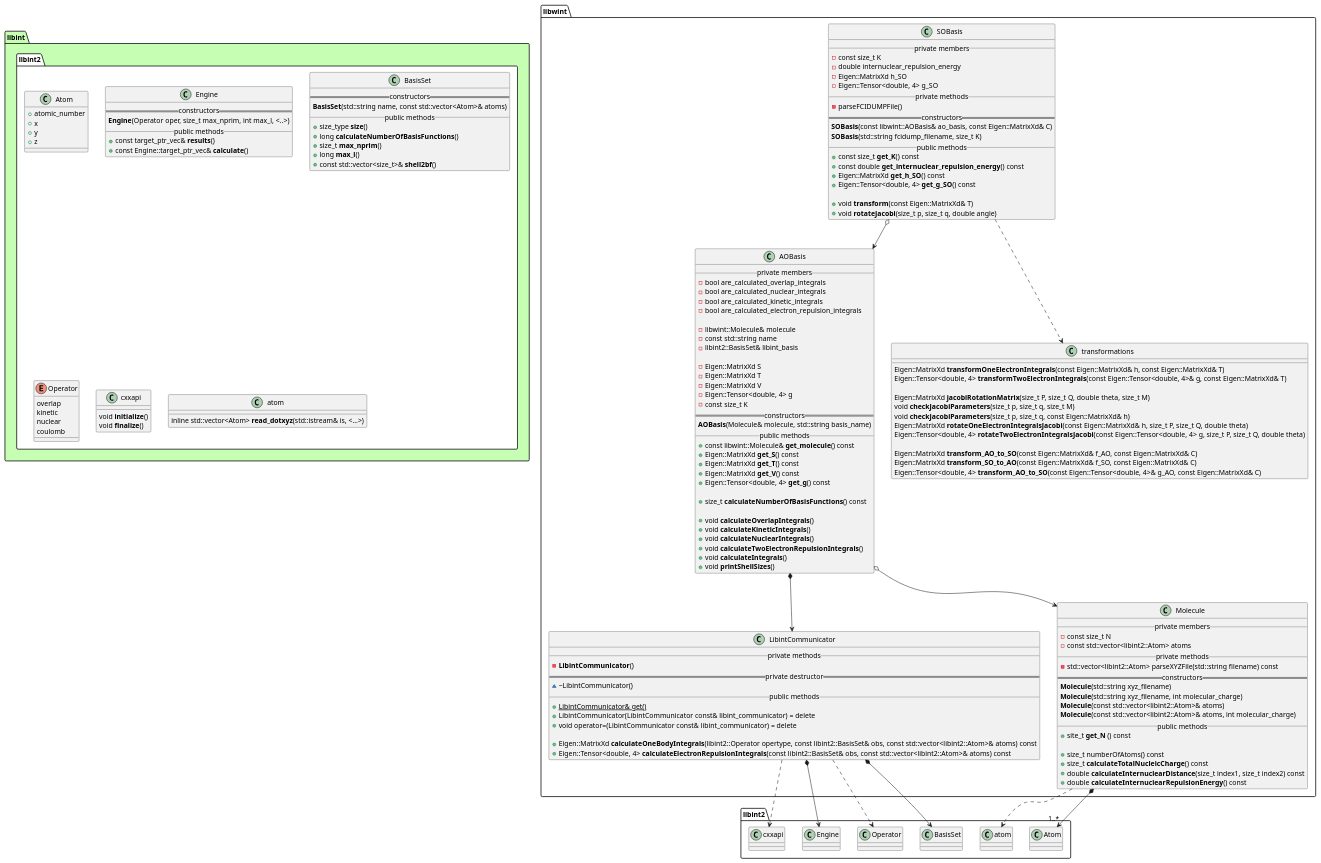
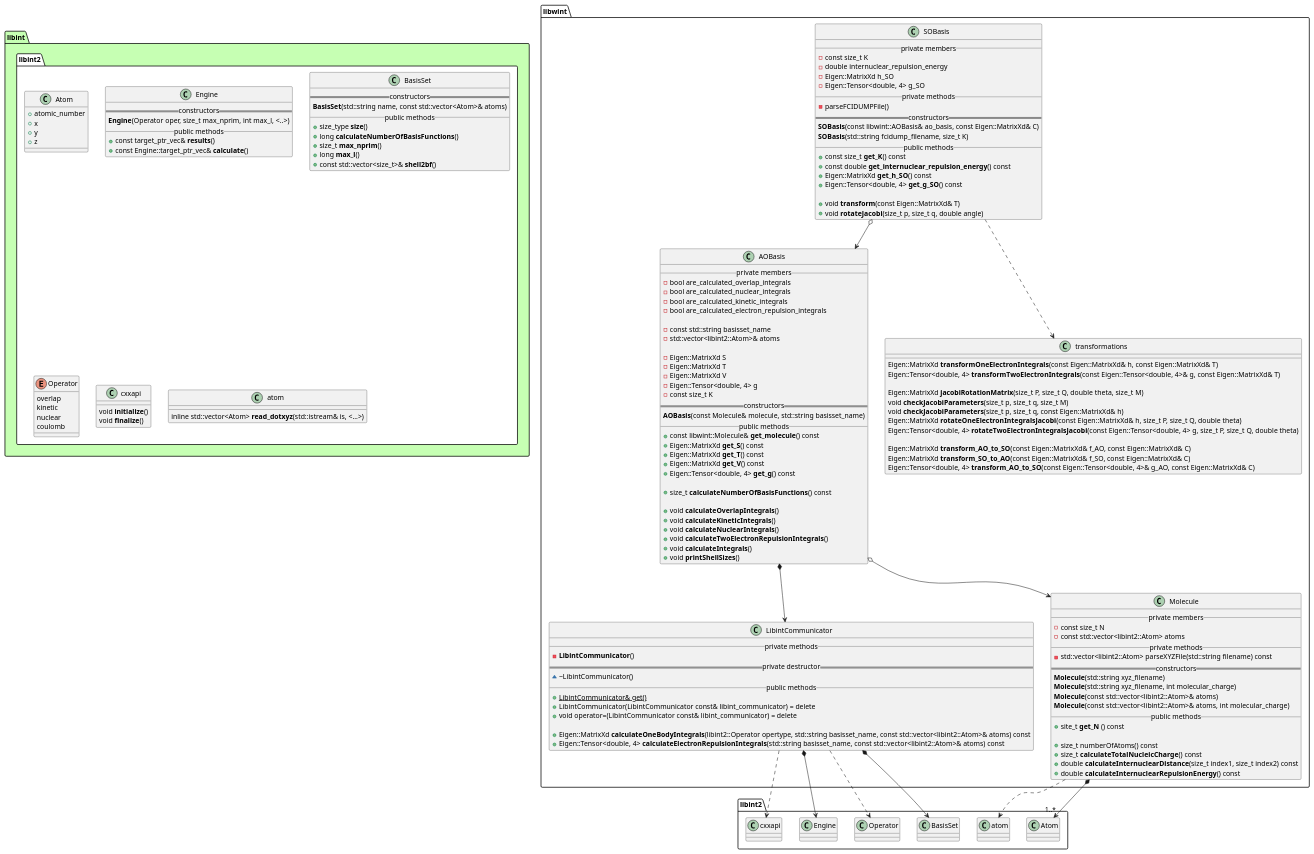
Before and after one commit to tmhuysen/libwint: the diagram in docs/libwint.puml, drawn with PlantUML. The commit also changed 4 other files, not shown here.

Commit message:
Change implementation of calculateOneBodyIntegrals and calculateTwoBodyIntegrals.

```diff
--- a/docs/libwint.puml
+++ b/docs/libwint.puml
@@ -1,185 +1,184 @@
 @startuml
 
 
 
 package libint #c6ffb3 {
     namespace libint2 #ffffff {
         class Atom {
             + atomic_number
             + x
             + y
             + z
         }
 
         class Engine {
             == constructors ==
                 **Engine**(Operator oper, size_t max_nprim, int max_l, <..>)
             __ public methods __
                 + const target_ptr_vec& **results**()
                 + const Engine::target_ptr_vec& **calculate**()
         }
 
         class BasisSet {
             == constructors ==
                 **BasisSet**(std::string name, const std::vector<Atom>& atoms)
             __ public methods __
                 + size_type **size**()
                 + long **calculateNumberOfBasisFunctions**()
                 + size_t **max_nprim**()
                 + long **max_l**()
                 + const std::vector<size_t>& **shell2bf**()
         }
 
         enum Operator {
             overlap
             kinetic
             nuclear
             coulomb
         }
 
         class cxxapi {
                 void **initialize**()
                 void **finalize**()
         }
 
         class atom {
             inline std::vector<Atom> **read_dotxyz**(std::istream& is, <...>)
         }
     }
 }
 
 
 
 
 namespace libwint {
 
     class AOBasis {
         __ private members __
             - bool are_calculated_overlap_integrals
             - bool are_calculated_nuclear_integrals
             - bool are_calculated_kinetic_integrals
             - bool are_calculated_electron_repulsion_integrals
 
-            - libwint::Molecule& molecule
-            - const std::string name
-            - libint2::BasisSet& libint_basis
+            - const std::string basisset_name
+            - std::vector<libint2::Atom>& atoms
 
             - Eigen::MatrixXd S
             - Eigen::MatrixXd T
             - Eigen::MatrixXd V
             - Eigen::Tensor<double, 4> g
             - const size_t K
         == constructors ==
-            **AOBasis**(Molecule& molecule, std::string basis_name)
+            **AOBasis**(const Molecule& molecule, std::string basisset_name)
         __ public methods __
             + const libwint::Molecule& **get_molecule**() const
             + Eigen::MatrixXd **get_S**() const
             + Eigen::MatrixXd **get_T**() const
             + Eigen::MatrixXd **get_V**() const
             + Eigen::Tensor<double, 4> **get_g**() const
 
             + size_t **calculateNumberOfBasisFunctions**() const
 
             + void **calculateOverlapIntegrals**()
             + void **calculateKineticIntegrals**()
             + void **calculateNuclearIntegrals**()
             + void **calculateTwoElectronRepulsionIntegrals**()
             + void **calculateIntegrals**()
             + void **printShellSizes**()
     }
 
 
     class SOBasis {
         __ private members __
             - const size_t K
             - double internuclear_repulsion_energy
             - Eigen::MatrixXd h_SO
             - Eigen::Tensor<double, 4> g_SO
         __ private methods __
             - parseFCIDUMPFile()
         == constructors ==
             **SOBasis**(const libwint::AOBasis& ao_basis, const Eigen::MatrixXd& C)
             **SOBasis**(std::string fcidump_filename, size_t K)
         __ public methods __
             + const size_t **get_K**() const
             + const double **get_internuclear_repulsion_energy**() const
             + Eigen::MatrixXd **get_h_SO**() const
             + Eigen::Tensor<double, 4> **get_g_SO**() const
 
             + void **transform**(const Eigen::MatrixXd& T)
             + void **rotateJacobi**(size_t p, size_t q, double angle)
     }
 
 
     class transformations {
             Eigen::MatrixXd **transformOneElectronIntegrals**(const Eigen::MatrixXd& h, const Eigen::MatrixXd& T)
             Eigen::Tensor<double, 4> **transformTwoElectronIntegrals**(const Eigen::Tensor<double, 4>& g, const Eigen::MatrixXd& T)
 
             Eigen::MatrixXd **jacobiRotationMatrix**(size_t P, size_t Q, double theta, size_t M)
             void **checkJacobiParameters**(size_t p, size_t q, size_t M)
             void **checkJacobiParameters**(size_t p, size_t q, const Eigen::MatrixXd& h)
             Eigen::MatrixXd **rotateOneElectronIntegralsJacobi**(const Eigen::MatrixXd& h, size_t P, size_t Q, double theta)
             Eigen::Tensor<double, 4> **rotateTwoElectronIntegralsJacobi**(const Eigen::Tensor<double, 4> g, size_t P, size_t Q, double theta)
 
             Eigen::MatrixXd **transform_AO_to_SO**(const Eigen::MatrixXd& f_AO, const Eigen::MatrixXd& C)
             Eigen::MatrixXd **transform_SO_to_AO**(const Eigen::MatrixXd& f_SO, const Eigen::MatrixXd& C)
             Eigen::Tensor<double, 4> **transform_AO_to_SO**(const Eigen::Tensor<double, 4>& g_AO, const Eigen::MatrixXd& C)
 
     }
 
 
     class LibintCommunicator {
         __ private methods __
             - **LibintCommunicator**()
         == private destructor ==
             ~ ~LibintCommunicator()
         __ public methods __
             + {static} LibintCommunicator& get()
             + LibintCommunicator(LibintCommunicator const& libint_communicator) = delete
             + void operator=(LibintCommunicator const& libint_communicator) = delete
 
-            + Eigen::MatrixXd **calculateOneBodyIntegrals**(libint2::Operator opertype, const libint2::BasisSet& obs, const std::vector<libint2::Atom>& atoms) const
-            + Eigen::Tensor<double, 4> **calculateElectronRepulsionIntegrals**(const libint2::BasisSet& obs, const std::vector<libint2::Atom>& atoms) const
+            + Eigen::MatrixXd **calculateOneBodyIntegrals**(libint2::Operator opertype, std::string basisset_name, const std::vector<libint2::Atom>& atoms) const
+            + Eigen::Tensor<double, 4> **calculateElectronRepulsionIntegrals**(std::string basisset_name, const std::vector<libint2::Atom>& atoms) const
     }
 
 
     class Molecule {
         __ private members __
             - const size_t N
             - const std::vector<libint2::Atom> atoms
         __ private methods __
             - std::vector<libint2::Atom> parseXYZFile(std::string filename) const
         == constructors ==
             **Molecule**(std::string xyz_filename)
             **Molecule**(std::string xyz_filename, int molecular_charge)
             **Molecule**(const std::vector<libint2::Atom>& atoms)
             **Molecule**(const std::vector<libint2::Atom>& atoms, int molecular_charge)
         __ public methods __
             + site_t **get_N** () const
 
             + size_t numberOfAtoms() const
             + size_t **calculateTotalNucleicCharge**() const
             + double **calculateInternuclearDistance**(size_t index1, size_t index2) const
             + double **calculateInternuclearRepulsionEnergy**() const
     }
 
 }
 
 
 
 libwint.AOBasis o--> libwint.Molecule
 libwint.AOBasis *--> libwint.LibintCommunicator
 
 libwint.LibintCommunicator *--> libint2.BasisSet
 libwint.LibintCommunicator ..> libint2.Operator
 libwint.LibintCommunicator *--> libint2.Engine
 libwint.LibintCommunicator ..> libint2.cxxapi
 
 libwint.Molecule *--> "1..*" libint2.Atom
 libwint.Molecule ..> libint2.atom
 
 libwint.SOBasis ..> libwint.transformations
 libwint.SOBasis o--> libwint.AOBasis
 
 
 @enduml
```
